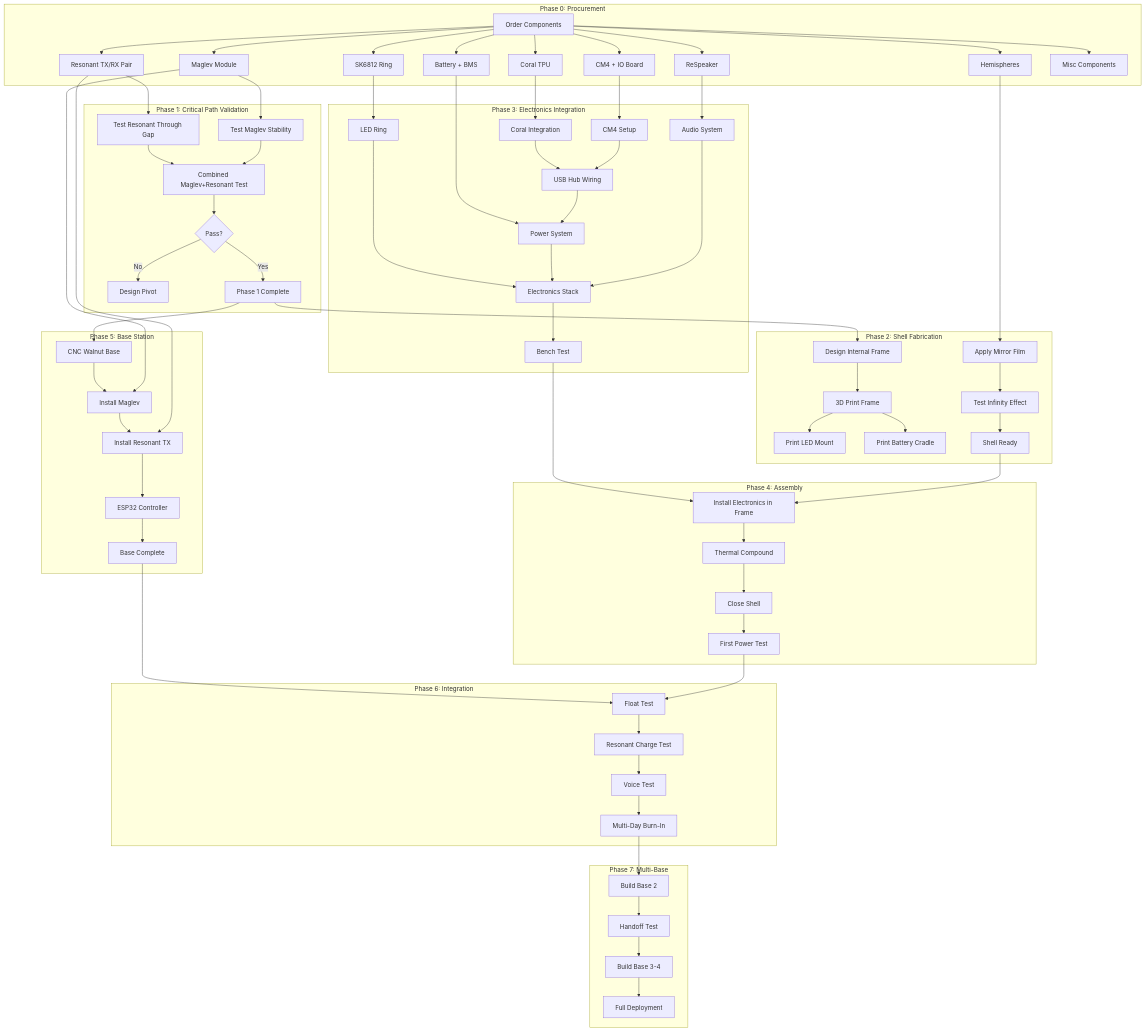
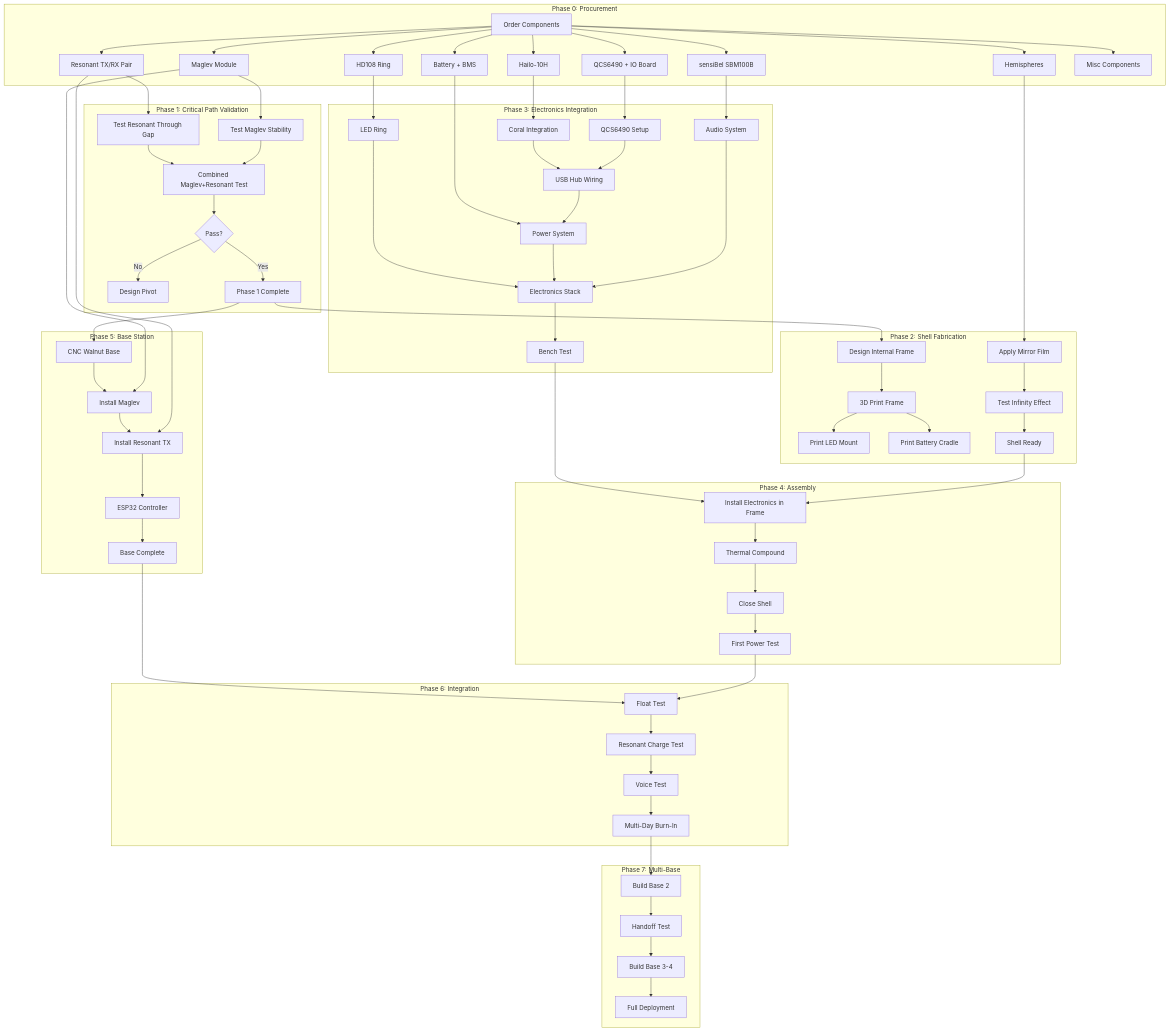
Before and after one commit to awktavian/art: the diagram in orb/DEPENDENCY_GRAPH.md, drawn with Mermaid. The commit also changed other lines of this file and 14 other files, not shown here.

````diff
--- a/orb/DEPENDENCY_GRAPH.md
+++ b/orb/DEPENDENCY_GRAPH.md
@@ -11,82 +11,82 @@
 ```mermaid
 flowchart TD
     subgraph phase0[Phase 0: Procurement]
         A0[Order Components] --> A1[Maglev Module]
         A0 --> A2[Resonant TX/RX Pair]
-        A0 --> A3[CM4 + IO Board]
-        A0 --> A4[ReSpeaker]
-        A0 --> A5[Coral TPU]
-        A0 --> A6[SK6812 Ring]
+        A0 --> A3[QCS6490 + IO Board]
+        A0 --> A4[sensiBel SBM100B]
+        A0 --> A5[Hailo-10H]
+        A0 --> A6[HD108 Ring]
         A0 --> A7[Hemispheres]
         A0 --> A8[Battery + BMS]
         A0 --> A9[Misc Components]
     end
 
     subgraph phase1[Phase 1: Critical Path Validation]
         A1 --> B1[Test Maglev Stability]
         A2 --> B2[Test Resonant Through Gap]
         B1 --> B3[Combined Maglev+Resonant Test]
         B2 --> B3
         B3 --> B4{Pass?}
         B4 -->|No| B5[Design Pivot]
         B4 -->|Yes| B6[Phase 1 Complete]
     end
 
     subgraph phase2[Phase 2: Shell Fabrication]
         A7 --> C1[Apply Mirror Film]
         B6 --> C2[Design Internal Frame]
         C2 --> C3[3D Print Frame]
         C3 --> C4[Print LED Mount]
         C3 --> C5[Print Battery Cradle]
         C1 --> C6[Test Infinity Effect]
         C6 --> C7[Shell Ready]
     end
 
     subgraph phase3[Phase 3: Electronics Integration]
-        A3 --> D1[CM4 Setup]
+        A3 --> D1[QCS6490 Setup]
         A5 --> D2[Coral Integration]
         D1 --> D3[USB Hub Wiring]
         D2 --> D3
         A4 --> D4[Audio System]
         D3 --> D5[Power System]
         A8 --> D5
         A6 --> D6[LED Ring]
         D4 --> D7[Electronics Stack]
         D5 --> D7
         D6 --> D7
         D7 --> D8[Bench Test]
     end
 
     subgraph phase4[Phase 4: Assembly]
         C7 --> E1[Install Electronics in Frame]
         D8 --> E1
         E1 --> E2[Thermal Compound]
         E2 --> E3[Close Shell]
         E3 --> E4[First Power Test]
     end
 
     subgraph phase5[Phase 5: Base Station]
         B6 --> F1[CNC Walnut Base]
         A1 --> F2[Install Maglev]
         F1 --> F2
         A2 --> F3[Install Resonant TX]
         F2 --> F3
         F3 --> F4[ESP32 Controller]
         F4 --> F5[Base Complete]
     end
 
     subgraph phase6[Phase 6: Integration]
         E4 --> G1[Float Test]
         F5 --> G1
         G1 --> G2[Resonant Charge Test]
         G2 --> G3[Voice Test]
         G3 --> G4[Multi-Day Burn-In]
     end
 
     subgraph phase7[Phase 7: Multi-Base]
         G4 --> H1[Build Base 2]
         H1 --> H2[Handoff Test]
         H2 --> H3[Build Base 3-4]
         H3 --> H4[Full Deployment]
     end
 ```
````
